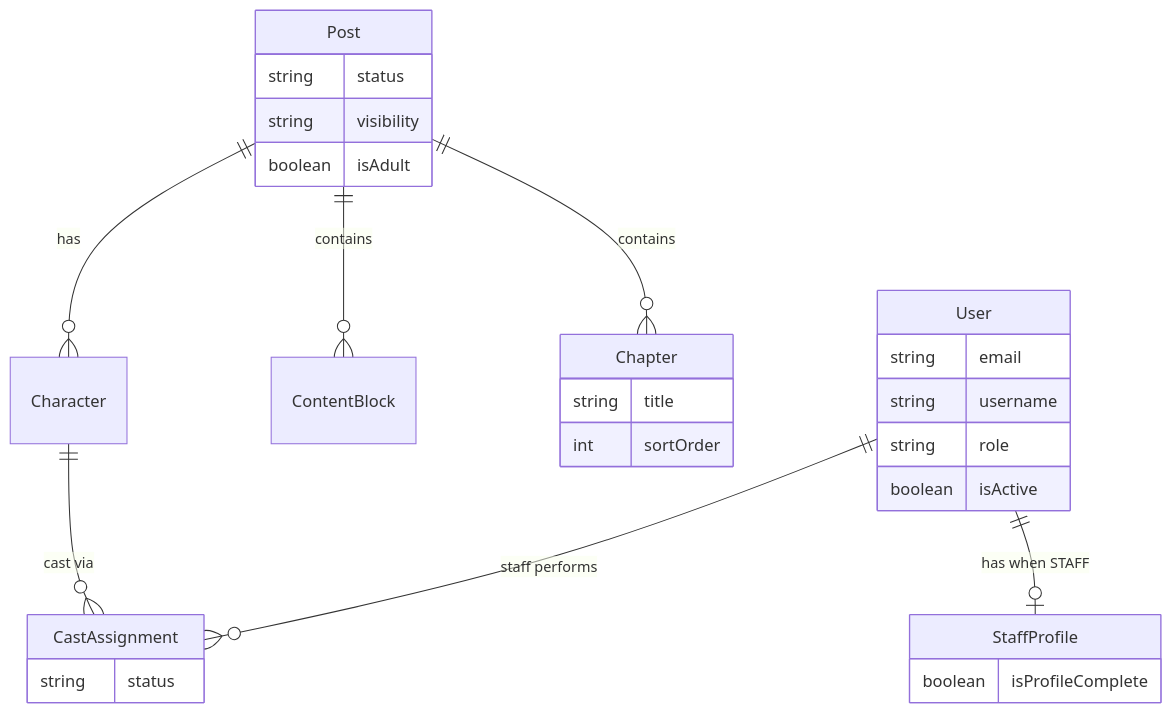
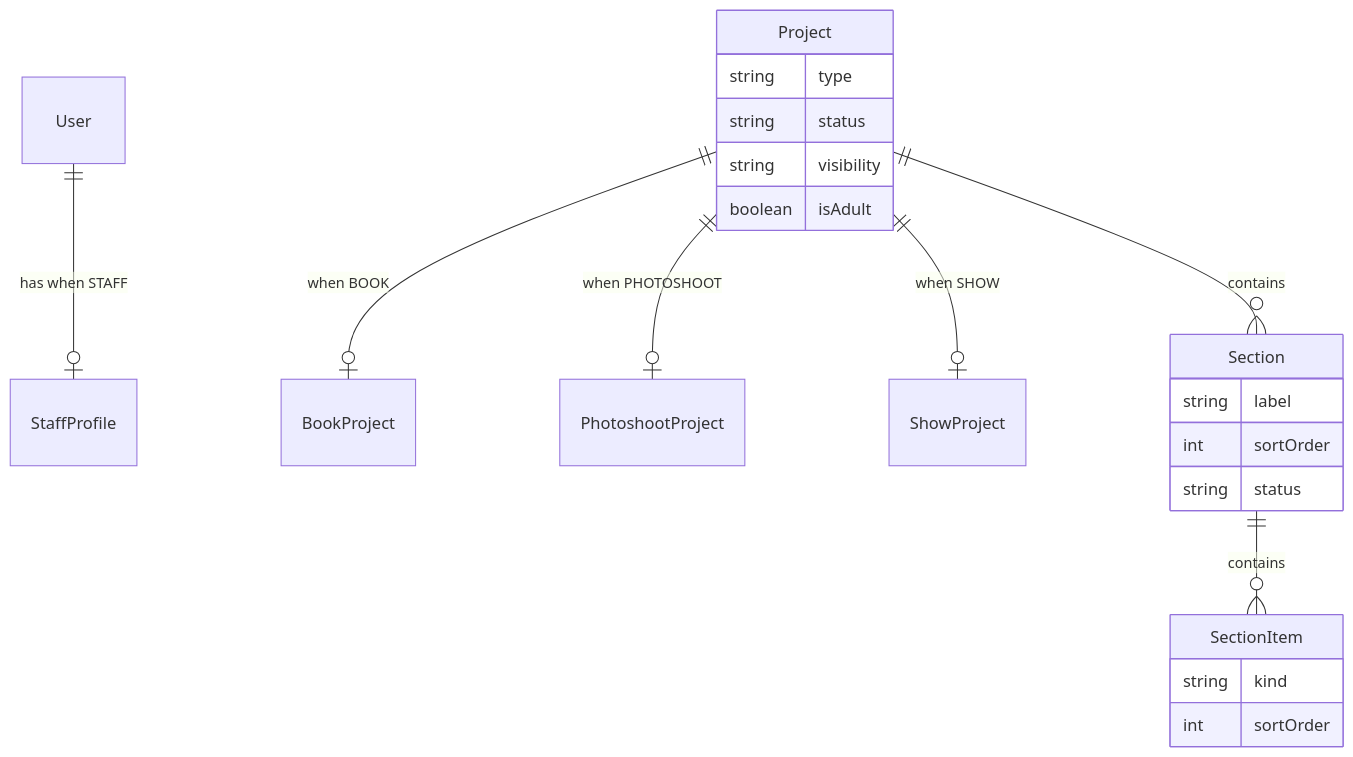
One commit to RDayalMunda/My-Verse-Backend changed the first of 2 diagrams in docs/PROJECT_PLAN.md. Above: the diagram before and after it, drawn with Mermaid. The commit also changed other lines of this file and 42 other files, not shown here.

````diff
--- a/docs/PROJECT_PLAN.md
+++ b/docs/PROJECT_PLAN.md
@@ -455,36 +474,27 @@
 ```mermaid
 erDiagram
     User ||--o| StaffProfile : "has when STAFF"
-    User {
-        string email
-        string username
-        string role
-        boolean isActive
-    }
+    Project ||--o| BookProject : "when BOOK"
+    Project ||--o| PhotoshootProject : "when PHOTOSHOOT"
+    Project ||--o| ShowProject : "when SHOW"
+    Project ||--o{ Section : contains
+    Section ||--o{ SectionItem : contains
 
-    StaffProfile {
-        boolean isProfileComplete
-    }
-
-    Post ||--o{ ContentBlock : contains
-    Post ||--o{ Chapter : contains
-    Post ||--o{ Character : has
-
-    Character ||--o{ CastAssignment : "cast via"
-    User ||--o{ CastAssignment : "staff performs"
-
-    Post {
+    Project {
+        string type
         string status
         string visibility
         boolean isAdult
     }
 
-    Chapter {
-        string title
+    Section {
+        string label
+        int sortOrder
+        string status
+    }
+
+    SectionItem {
+        string kind
         int sortOrder
     }
-
-    CastAssignment {
-        string status
-    }
 ```
````
